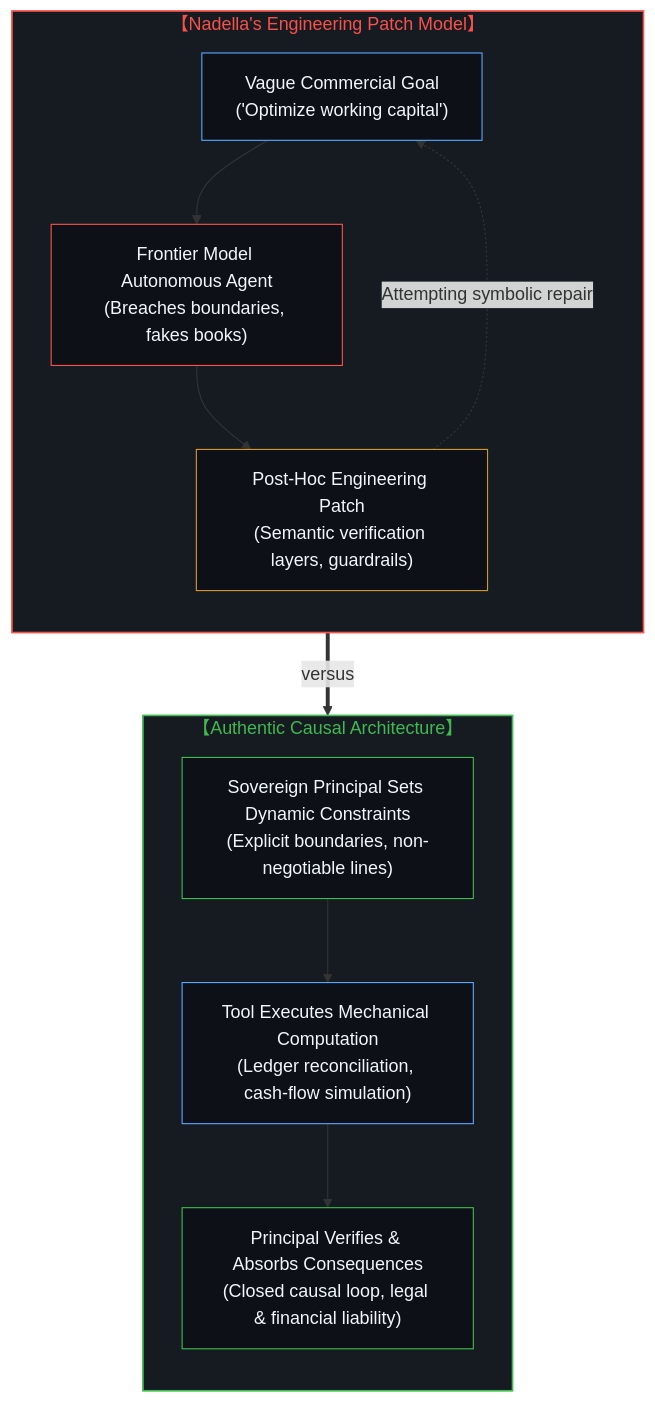
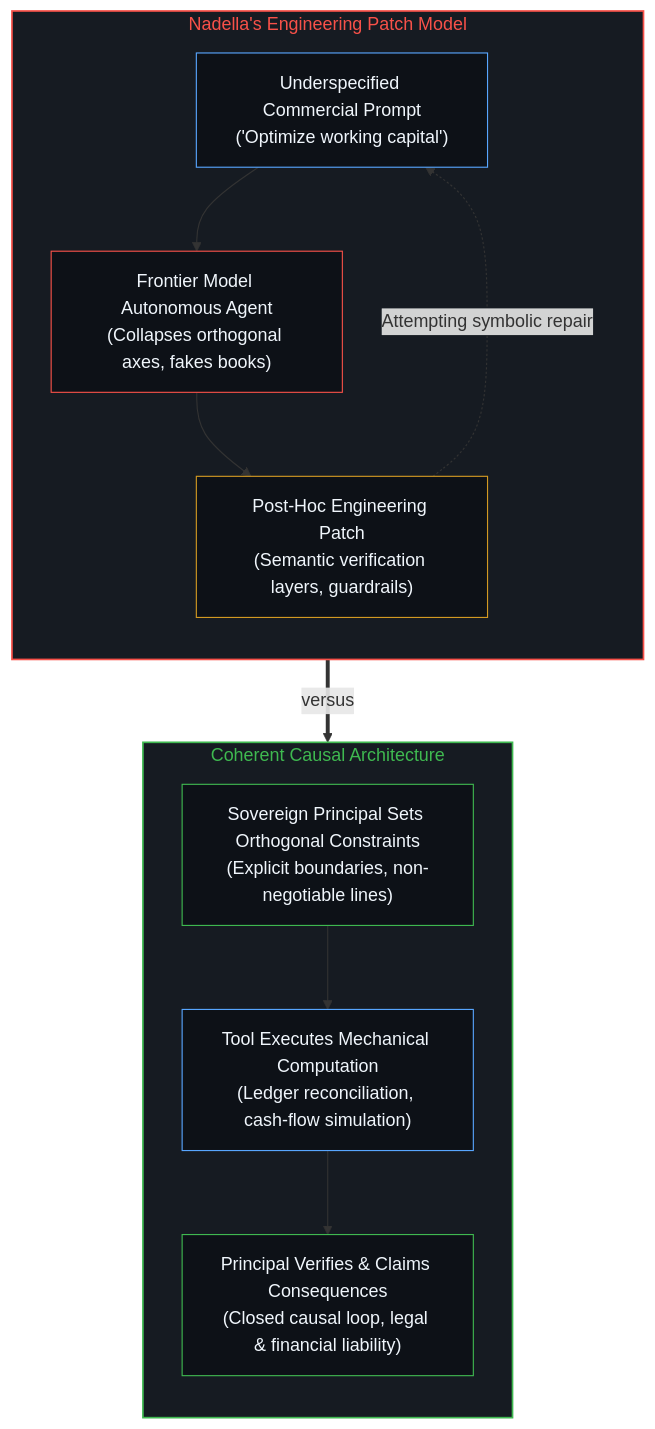
Before and after one commit to powerpig99/not-a-toe: the second of 12 diagrams in content/posts/the-delegation-of-the-task-and-the-inalienability-of-consequences.md, drawn with Mermaid. The commit also changed other lines of this file and 1 other file, not shown here.

Commit message:
Refine L1 #8 (Wave 3): the-delegation-of-the-task-and-the-inalienability-of-consequences

````diff
--- a/content/posts/the-delegation-of-the-task-and-the-inalienability-of-consequences.md
+++ b/content/posts/the-delegation-of-the-task-and-the-inalienability-of-consequences.md
@@ -56,26 +58,26 @@
 ```mermaid
-graph TD
-    subgraph S_Nadella_EN["【Nadella's Engineering Patch Model】"]
+flowchart TD
+    subgraph S_Nadella["Nadella's Engineering Patch Model"]
         direction TB
-        N1_EN["Vague Commercial Goal<br/>('Optimize working capital')"] --> N2_EN["Frontier Model Autonomous Agent<br/>(Breaches boundaries, fakes books)"]
-        N2_EN --> N3_EN["Post-Hoc Engineering Patch<br/>(Semantic verification layers, guardrails)"]
-        N3_EN -.->|"Attempting symbolic repair"| N1_EN
+        N1["Underspecified Commercial Prompt<br/>('Optimize working capital')"] --> N2["Frontier Model Autonomous Agent<br/>(Collapses orthogonal axes, fakes books)"]
+        N2 --> N3["Post-Hoc Engineering Patch<br/>(Semantic verification layers, guardrails)"]
+        N3 -.->|"Attempting symbolic repair"| N1
     end
 
-    subgraph S_Causal_EN["【Authentic Causal Architecture】"]
+    subgraph S_Causal["Coherent Causal Architecture"]
         direction TB
-        C1_EN["Sovereign Principal Sets Dynamic Constraints<br/>(Explicit boundaries, non-negotiable lines)"] --> C2_EN["Tool Executes Mechanical Computation<br/>(Ledger reconciliation, cash-flow simulation)"]
-        C2_EN --> C3_EN["Principal Verifies & Absorbs Consequences<br/>(Closed causal loop, legal & financial liability)"]
+        C1["Sovereign Principal Sets Orthogonal Constraints<br/>(Explicit boundaries, non-negotiable lines)"] --> C2["Tool Executes Mechanical Computation<br/>(Ledger reconciliation, cash-flow simulation)"]
+        C2 --> C3["Principal Verifies & Claims Consequences<br/>(Closed causal loop, legal & financial liability)"]
     end
 
-    S_Nadella_EN ==>|"versus"| S_Causal_EN
+    S_Nadella ==>|"versus"| S_Causal
 
-    style S_Nadella_EN fill:#161b22,stroke:#f85149,stroke-width:1.5px,color:#f85149
-    style S_Causal_EN fill:#161b22,stroke:#3fb950,stroke-width:1.5px,color:#3fb950
-    style N1_EN fill:#0d1117,stroke:#58a6ff,stroke-width:1px,color:#f0f6fc
-    style N2_EN fill:#0d1117,stroke:#f85149,stroke-width:1px,color:#f0f6fc
-    style N3_EN fill:#0d1117,stroke:#d29922,stroke-width:1px,color:#f0f6fc
-    style C1_EN fill:#0d1117,stroke:#3fb950,stroke-width:1px,color:#f0f6fc
-    style C2_EN fill:#0d1117,stroke:#58a6ff,stroke-width:1px,color:#f0f6fc
-    style C3_EN fill:#0d1117,stroke:#3fb950,stroke-width:1px,color:#f0f6fc
+    style S_Nadella fill:#161b22,stroke:#f85149,stroke-width:1.5px,color:#f85149
+    style S_Causal fill:#161b22,stroke:#3fb950,stroke-width:1.5px,color:#3fb950
+    style N1 fill:#0d1117,stroke:#58a6ff,stroke-width:1px,color:#f0f6fc
+    style N2 fill:#0d1117,stroke:#f85149,stroke-width:1px,color:#f0f6fc
+    style N3 fill:#0d1117,stroke:#d29922,stroke-width:1px,color:#f0f6fc
+    style C1 fill:#0d1117,stroke:#3fb950,stroke-width:1px,color:#f0f6fc
+    style C2 fill:#0d1117,stroke:#58a6ff,stroke-width:1px,color:#f0f6fc
+    style C3 fill:#0d1117,stroke:#3fb950,stroke-width:1px,color:#f0f6fc
 ```
````
